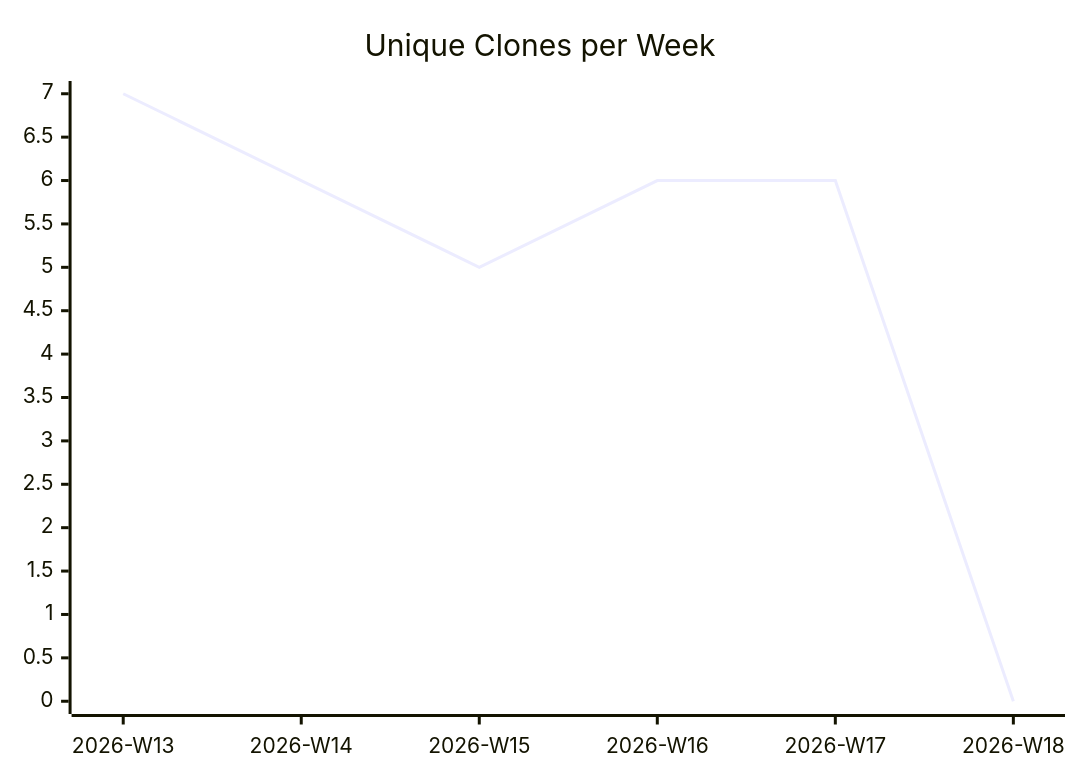
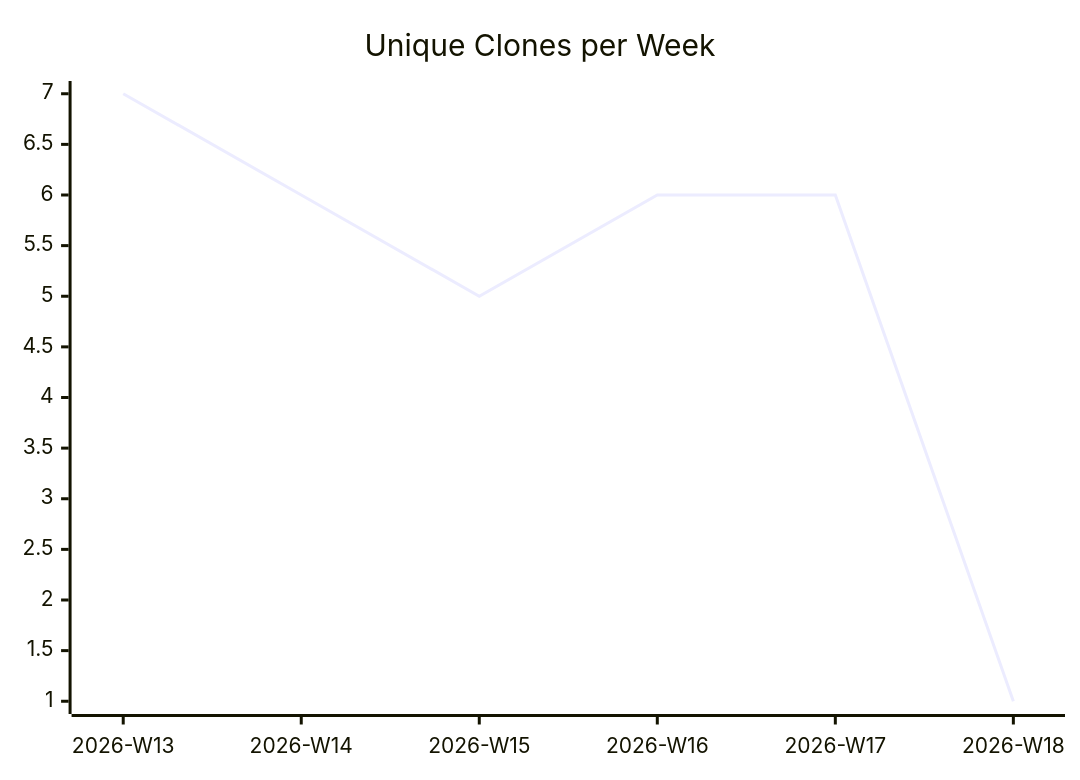
One commit to justdavis-family/github-analytics-data changed the third of 3 diagrams in karlmdavis/lego-ev3dev-rs/README.md. Above: the diagram before and after it, drawn with Mermaid. The commit also changed other lines of this file and 184 other files, not shown here.

````diff
--- a/karlmdavis/lego-ev3dev-rs/README.md
+++ b/karlmdavis/lego-ev3dev-rs/README.md
@@ -19,6 +19,6 @@
 ```mermaid
 xychart-beta
   title "Unique Clones per Week"
   x-axis ["2026-W13", "2026-W14", "2026-W15", "2026-W16", "2026-W17", "2026-W18"]
-  line [7, 6, 5, 6, 6, 0]
+  line [7, 6, 5, 6, 6, 1]
 ```
````
